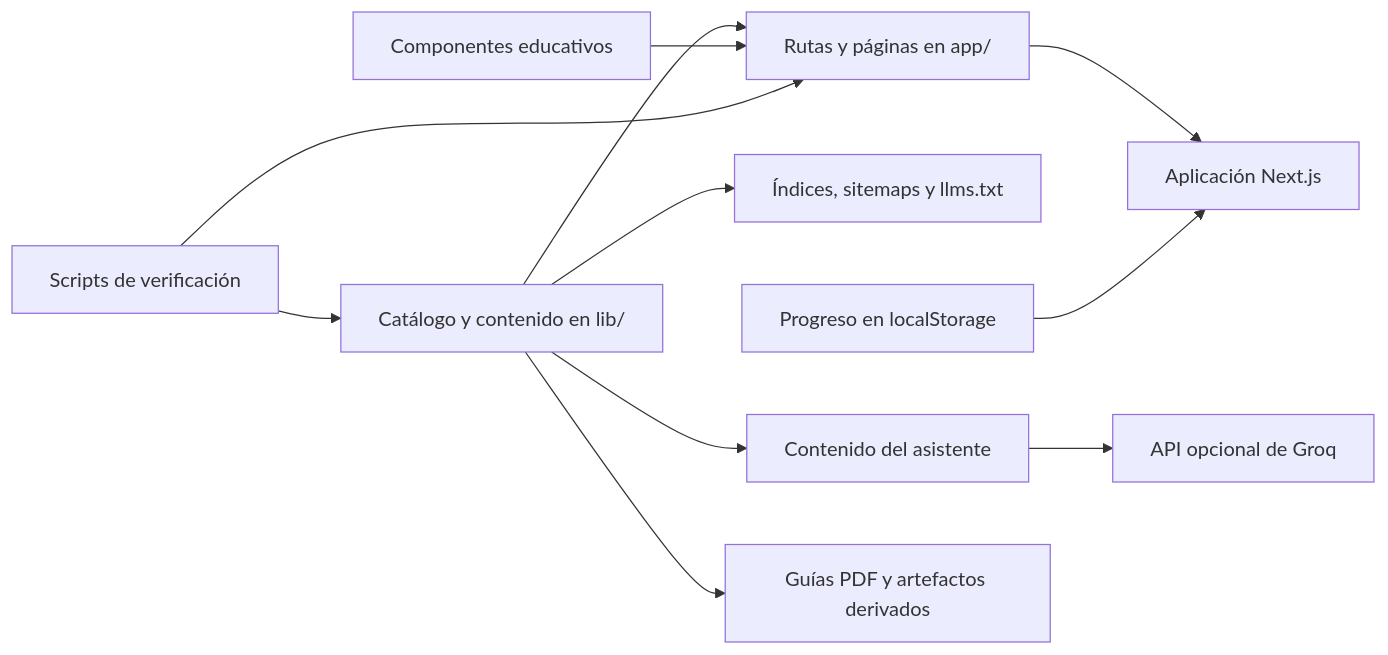
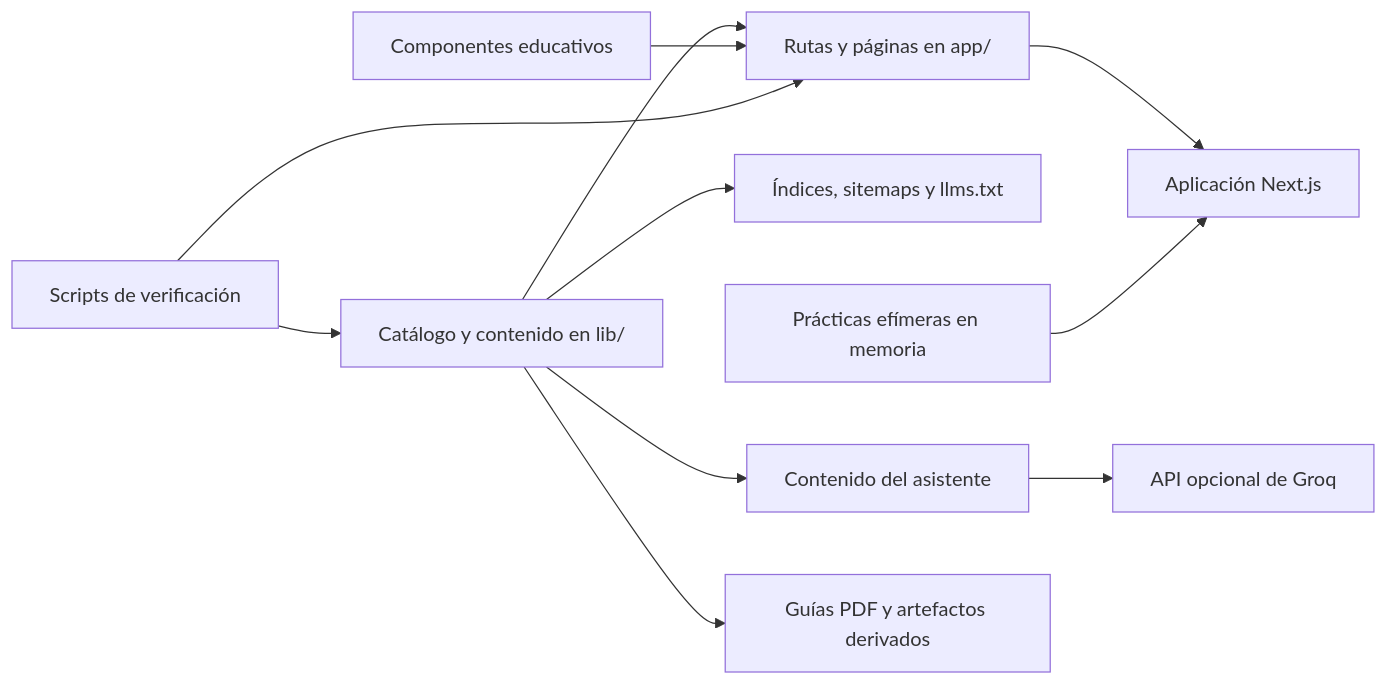
Before and after one commit to aulafy/claude: the diagram in docs/ARQUITECTURA.md, drawn with Mermaid. The commit also changed other lines of this file and 10 other files, not shown here.

````diff
--- a/docs/ARQUITECTURA.md
+++ b/docs/ARQUITECTURA.md
@@ -9,13 +9,13 @@
 ```mermaid
 flowchart LR
     A["Catálogo y contenido en lib/"] --> B["Rutas y páginas en app/"]
     C["Componentes educativos"] --> B
     A --> D["Índices, sitemaps y llms.txt"]
     A --> E["Contenido del asistente"]
     B --> F["Aplicación Next.js"]
     E --> G["API opcional de Groq"]
-    H["Progreso en localStorage"] --> F
+    H["Prácticas efímeras en memoria"] --> F
     I["Scripts de verificación"] --> A
     I --> B
     A --> J["Guías PDF y artefactos derivados"]
 ```
````
